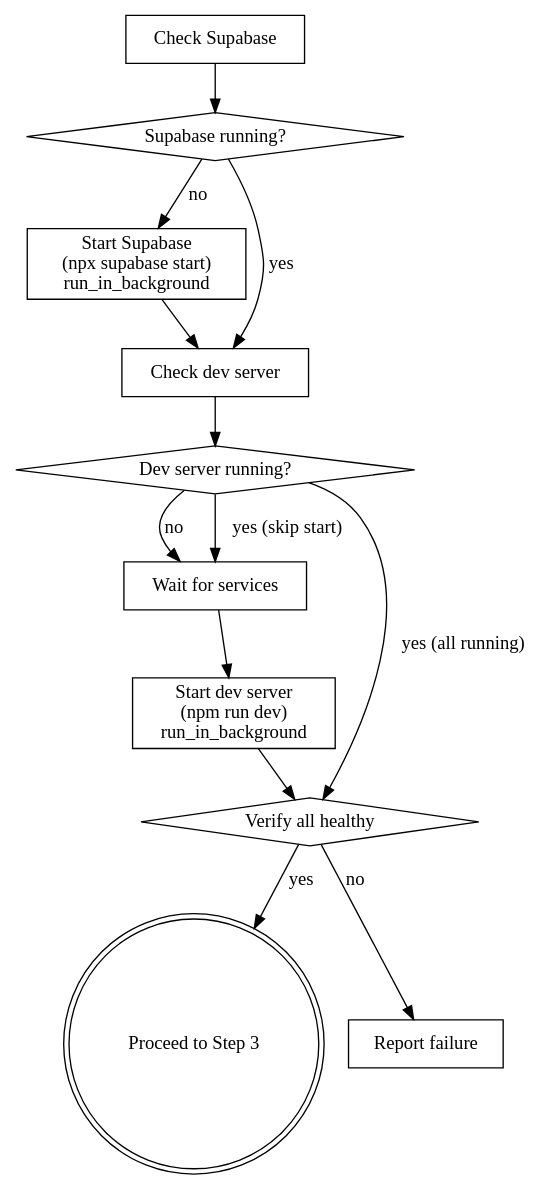
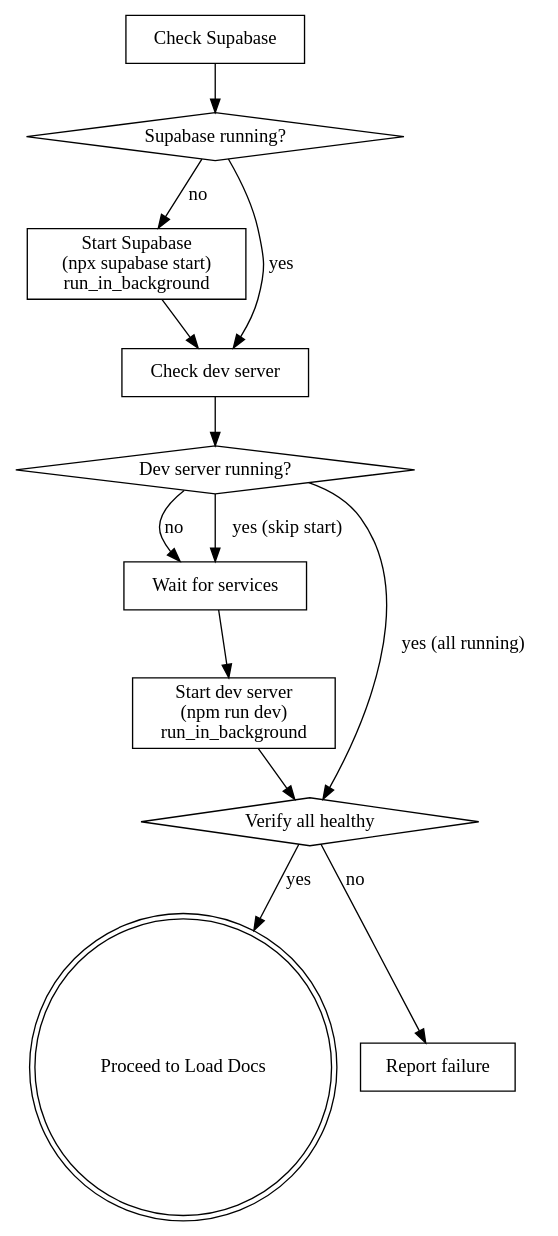
One commit to bernierllc/agents-environment-config changed the second of 3 diagrams in .cursor/commands/skills/browser-verification.md. Above: the diagram before and after it, drawn with Graphviz. The commit also changed other lines of this file and 1 other file, not shown here.

````diff
--- a/.cursor/commands/skills/browser-verification.md
+++ b/.cursor/commands/skills/browser-verification.md
@@ -105,27 +120,27 @@
 ```dot
 digraph startup {
     "Check Supabase" [shape=box];
     "Supabase running?" [shape=diamond];
     "Start Supabase\n(npx supabase start)\nrun_in_background" [shape=box];
     "Check dev server" [shape=box];
     "Dev server running?" [shape=diamond];
     "Start dev server\n(npm run dev)\nrun_in_background" [shape=box];
     "Wait for services" [shape=box];
     "Verify all healthy" [shape=diamond];
-    "Proceed to Step 3" [shape=doublecircle];
+    "Proceed to Load Docs" [shape=doublecircle];
     "Report failure" [shape=box];
 
     "Check Supabase" -> "Supabase running?";
     "Supabase running?" -> "Check dev server" [label="yes"];
     "Supabase running?" -> "Start Supabase\n(npx supabase start)\nrun_in_background" [label="no"];
     "Start Supabase\n(npx supabase start)\nrun_in_background" -> "Check dev server";
     "Check dev server" -> "Dev server running?";
     "Dev server running?" -> "Wait for services" [label="no"];
     "Dev server running?" -> "Wait for services" [label="yes (skip start)"];
     "Wait for services" -> "Start dev server\n(npm run dev)\nrun_in_background";
     "Start dev server\n(npm run dev)\nrun_in_background" -> "Verify all healthy";
     "Dev server running?" -> "Verify all healthy" [label="yes (all running)"];
-    "Verify all healthy" -> "Proceed to Step 3" [label="yes"];
+    "Verify all healthy" -> "Proceed to Load Docs" [label="yes"];
     "Verify all healthy" -> "Report failure" [label="no"];
 }
 ```
````
